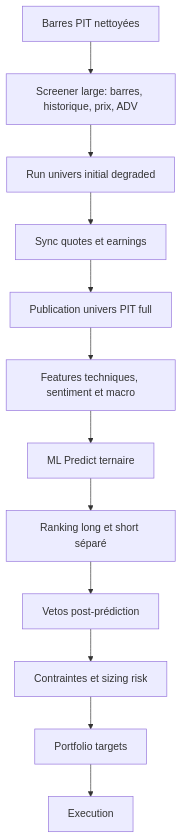
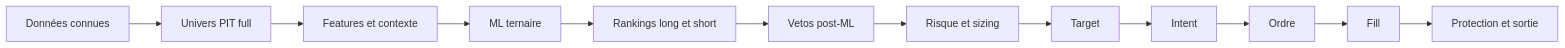
The first of 4 diagrams in doc/synthese_long_short.md (mli2000fr/alpha_trade), drawn with Mermaid before and after one commit. The commit also changed other lines of this file and 1 other file, not shown here.

````diff
--- a/doc/synthese_long_short.md
+++ b/doc/synthese_long_short.md
@@ -24,14 +108,14 @@
 ```mermaid
-flowchart TD
-    A[Barres PIT nettoyées] --> B[Screener large: barres, historique, prix, ADV]
-    B --> C[Run univers initial degraded]
-    C --> D[Sync quotes et earnings]
-    D --> E[Publication univers PIT full]
-    E --> F[Features techniques, sentiment et macro]
-    F --> G[ML Predict ternaire]
-    G --> H[Ranking long et short séparé]
-    H --> I[Vetos post-prédiction]
-    I --> J[Contraintes et sizing risk]
-    J --> K[Portfolio targets]
-    K --> L[Execution]
+flowchart LR
+    D[Données connues] --> U[Univers PIT full]
+    U --> F[Features et contexte]
+    F --> M[ML ternaire]
+    M --> R[Rankings long et short]
+    R --> V[Vetos post-ML]
+    V --> K[Risque et sizing]
+    K --> T[Target]
+    T --> I[Intent]
+    I --> O[Ordre]
+    O --> X[Fill]
+    X --> P[Protection et sortie]
 ```
````
